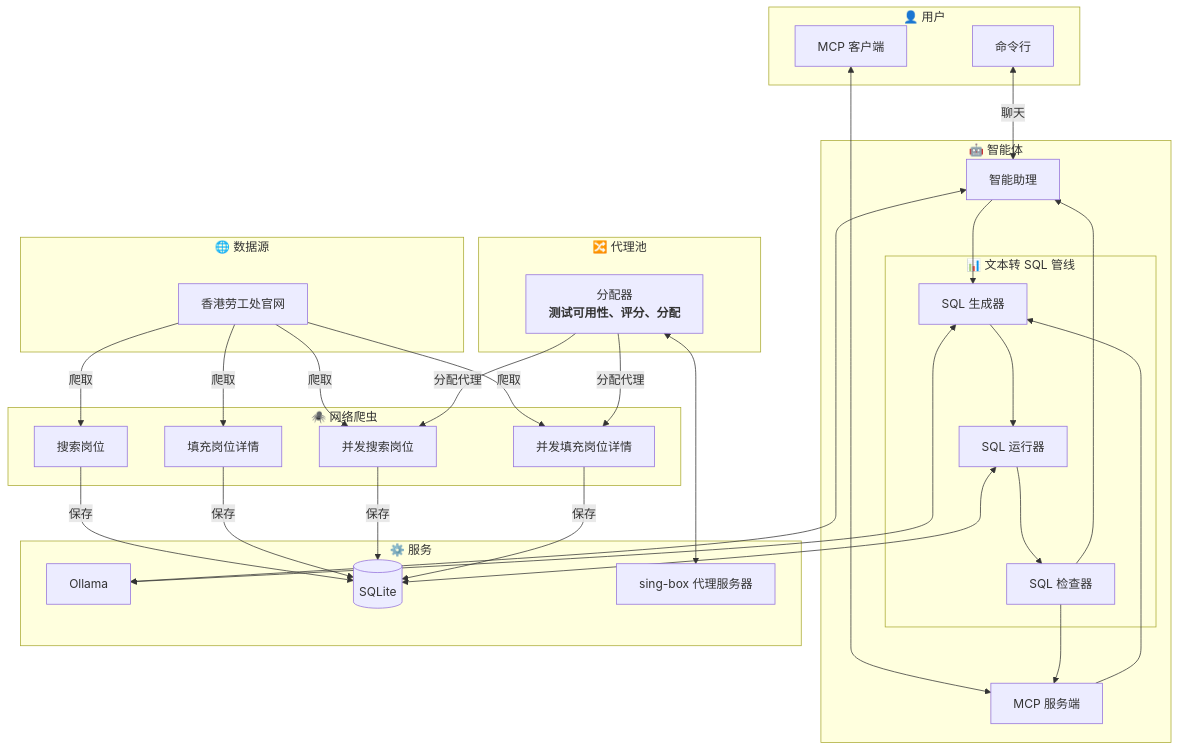
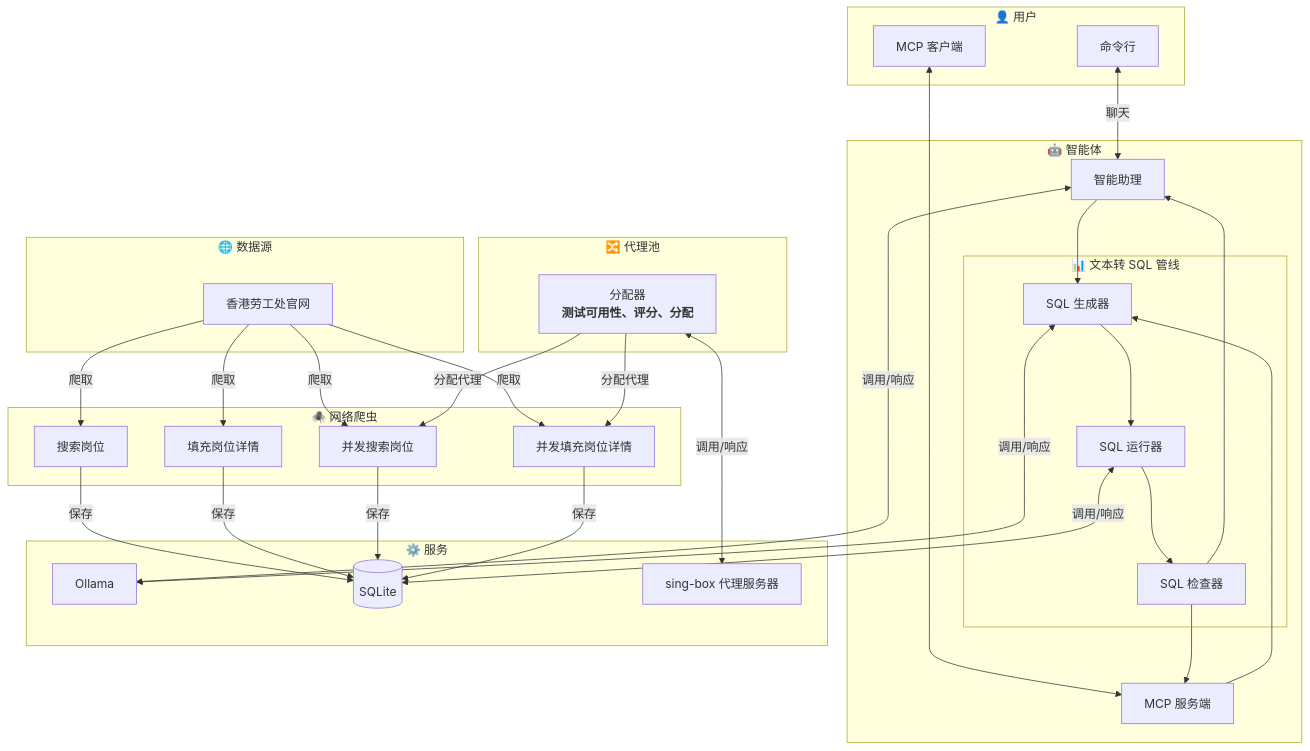
One commit to JJ-Jacko/jobs_hk changed the diagram in README_zh_cn.md. Above: the diagram before and after it, drawn with Mermaid. The commit also changed 2 other files, not shown here.

Commit message:
feat(README.Structure): Call / Respond show.

````diff
--- a/README_zh_cn.md
+++ b/README_zh_cn.md
@@ -51,71 +51,71 @@
 ```mermaid
 flowchart
     subgraph User["👤 用户"]
         CLI[命令行]
         MCP_CLIENT[MCP 客户端]
     end
 
     subgraph Scraper["🕷️ 网络爬虫"]
         search_job[搜索岗位]
         fill_job[填充岗位详情]
         search_job_mt[并发搜索岗位]
         fill_job_mt[并发填充岗位详情]
     end
 
     subgraph ProxyPool["🔀 代理池"]
         assigner[分配器<br><strong>测试可用性、评分、分配<strong/>]
     end
 
     subgraph SQL_pipline["📊 文本转 SQL 管线"]
         SQL_generator[SQL 生成器]
         SQL_runner[SQL 运行器]
         SQL_checker[SQL 检查器]
     end
 
     subgraph AI["🤖 智能体"]
         assistant[智能助理]
         MCP_server[MCP 服务端]
         SQL_pipline
     end
 
     subgraph Service["⚙️ 服务"]
         Ollama[Ollama]
         SQLite[(SQLite)]
         proxy_server["sing-box 代理服务器"]
     end
 
     subgraph DataSource["🌐 数据源"]
         web_src[香港劳工处官网]
     end
 
     CLI <-->|聊天| assistant
     MCP_CLIENT <--> MCP_server
 
-    assistant <--> Ollama
+    assistant <-->|调用/响应| Ollama
     assistant --> SQL_generator
 
     MCP_server --> SQL_generator
 
     SQL_generator --> SQL_runner
-    SQL_generator <--> Ollama
+    SQL_generator <-->|调用/响应| Ollama
 
     SQL_runner --> SQL_checker
-    SQL_runner <--> SQLite
+    SQL_runner <-->|调用/响应| SQLite
 
     SQL_checker --> assistant
     SQL_checker --> MCP_server
 
     web_src -->|爬取| search_job
     web_src -->|爬取| fill_job
     web_src -->|爬取| search_job_mt
     web_src -->|爬取| fill_job_mt
 
     search_job -->|保存| SQLite
     fill_job -->|保存| SQLite
     search_job_mt -->|保存| SQLite
     fill_job_mt -->|保存| SQLite
 
     assigner -->|分配代理| search_job_mt
     assigner -->|分配代理| fill_job_mt
-    assigner <--> proxy_server
+    assigner <-->|调用/响应| proxy_server
 ```
````
